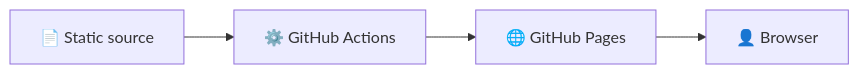
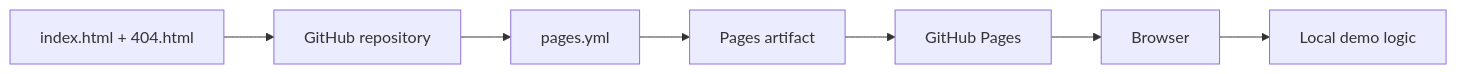
Before and after one commit to Shtenco/synergychain.github.io: the first of 2 diagrams in README.md, drawn with Mermaid. The commit also changed other lines of this file, not shown here.

Commit message:
docs: document Pages runtime, demo boundaries and data workflow

````diff
--- a/README.md
+++ b/README.md
@@ -57,6 +61,9 @@
 ```mermaid
 flowchart LR
-    SRC[📄 Static source] --> WF[⚙️ GitHub Actions]
-    WF --> PAGES[🌐 GitHub Pages]
-    PAGES --> USER[👤 Browser]
+    SRC[index.html + 404.html] --> GH[GitHub repository]
+    GH --> WF[pages.yml]
+    WF --> ART[Pages artifact]
+    ART --> PAGES[GitHub Pages]
+    PAGES --> USER[Browser]
+    USER --> DEMO[Local demo logic]
 ```
````
